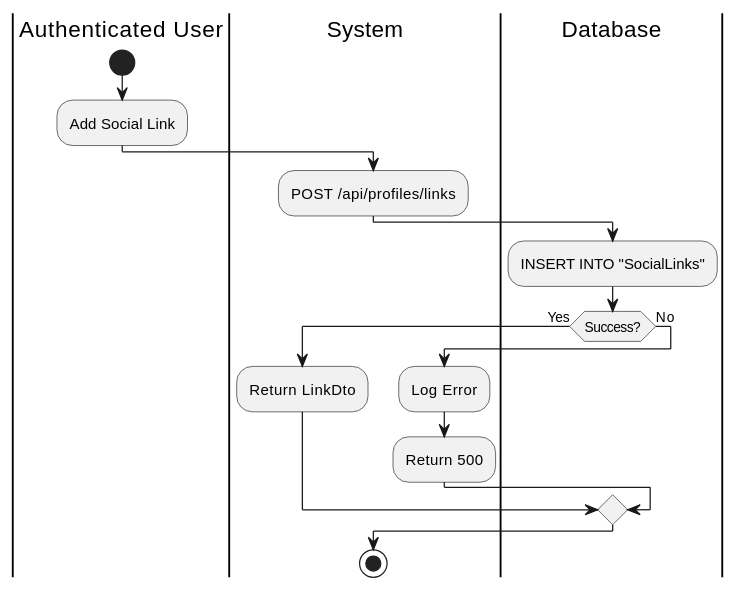
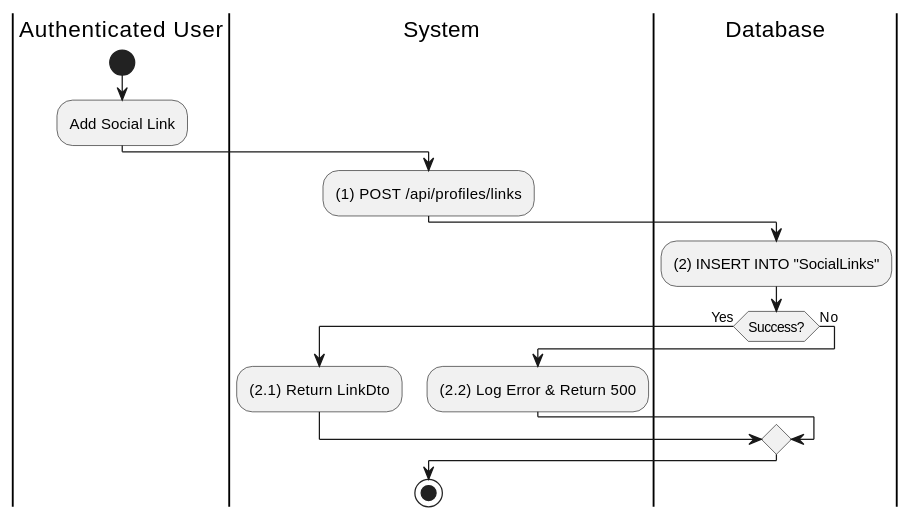
One commit to I-Love-U-3000/Favi-BE changed the fifth of 8 diagrams in UC_2.1.9_Adjust_User_Settings.md. Above: the diagram before and after it, drawn with PlantUML. The commit also changed other lines of this file and 36 other files, not shown here.

````diff
--- a/UC_2.1.9_Adjust_User_Settings.md
+++ b/UC_2.1.9_Adjust_User_Settings.md
@@ -129,21 +199,19 @@
 ```plantuml
 @startuml
 |Authenticated User|
 start
 :Add Social Link;
 |System|
-:POST /api/profiles/links;
+:(1) POST /api/profiles/links;
 |Database|
-|Database|
-:INSERT INTO "SocialLinks";
+:(2) INSERT INTO "SocialLinks";
 if (Success?) then (Yes)
     |System|
-    :Return LinkDto;
+    :(2.1) Return LinkDto;
 else (No)
     |System|
-    :Log Error;
-    :Return 500;
+    :(2.2) Log Error & Return 500;
 endif
 stop
 @enduml
 ```
````
